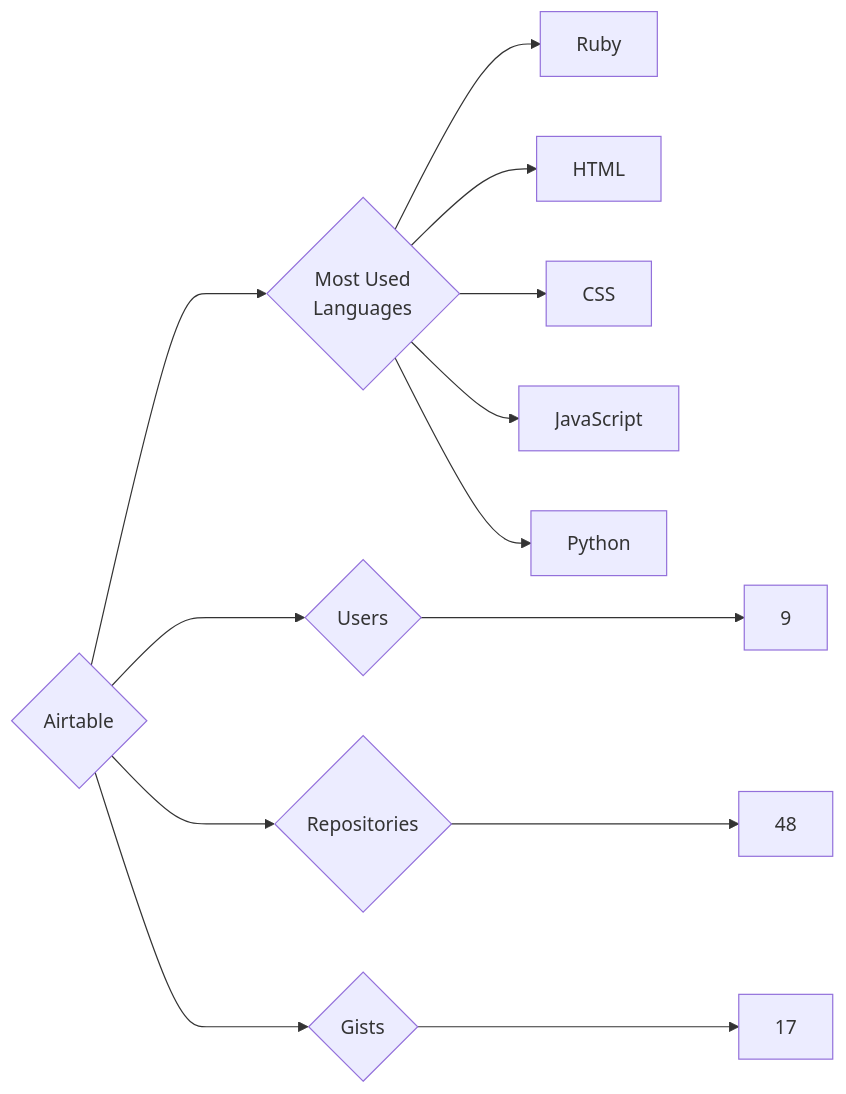
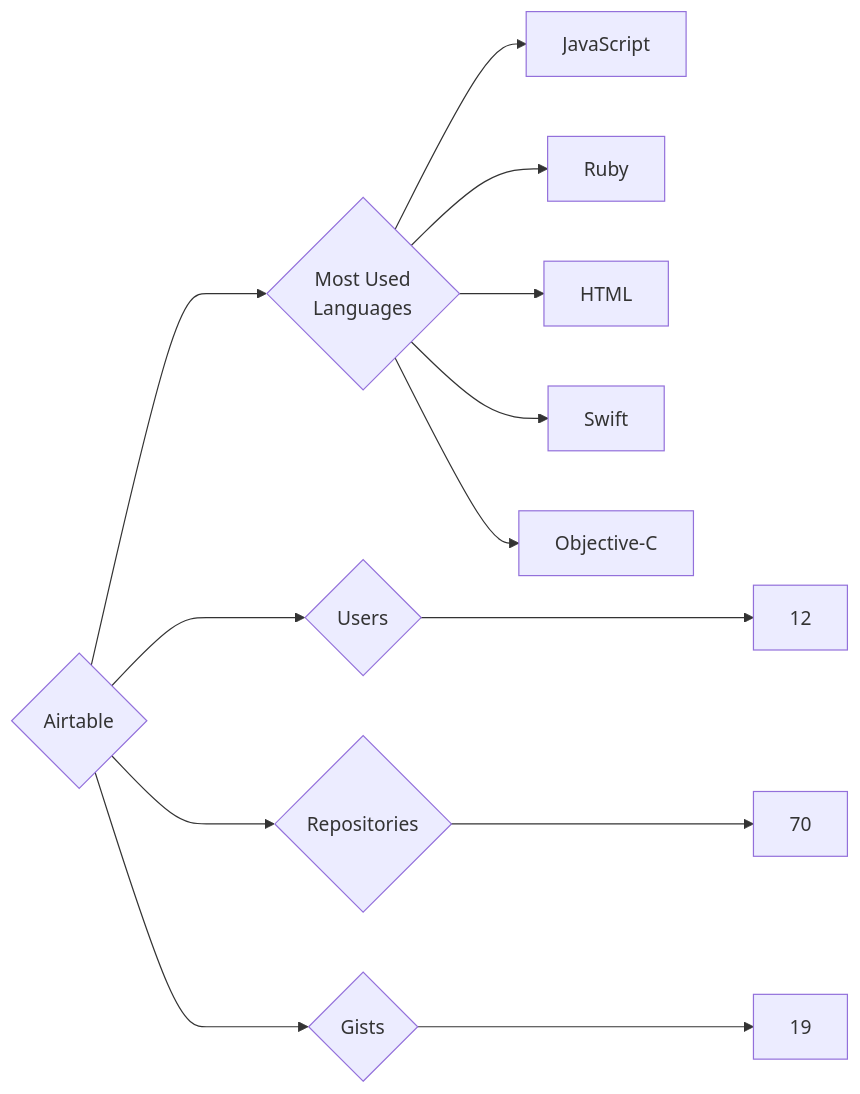
Before and after one commit to trickest/insiders: the diagram in targets/Airtable/README.md, drawn with Mermaid. The commit also changed 1088 other files, not shown here.

````diff
--- a/targets/Airtable/README.md
+++ b/targets/Airtable/README.md
@@ -3,13 +3,13 @@
 ```mermaid
 graph LR
 COMPANY_NAME{Airtable}
-COMPANY_NAME ---> U{Users} ---> UN[9]
-COMPANY_NAME ---> R{Repositories} ---> RN[48]
-COMPANY_NAME ---> G{Gists} ---> GN[17]
+COMPANY_NAME ---> U{Users} ---> UN[12]
+COMPANY_NAME ---> R{Repositories} ---> RN[70]
+COMPANY_NAME ---> G{Gists} ---> GN[19]
 COMPANY_NAME ---> ML{Most Used<br>Languages}
+ML --> JavaScript[JavaScript]
 ML --> Ruby[Ruby]
 ML --> HTML[HTML]
-ML --> CSS[CSS]
-ML --> JavaScript[JavaScript]
-ML --> Python[Python]
+ML --> Swift[Swift]
+ML --> Objective-C[Objective-C]
 ```
````
